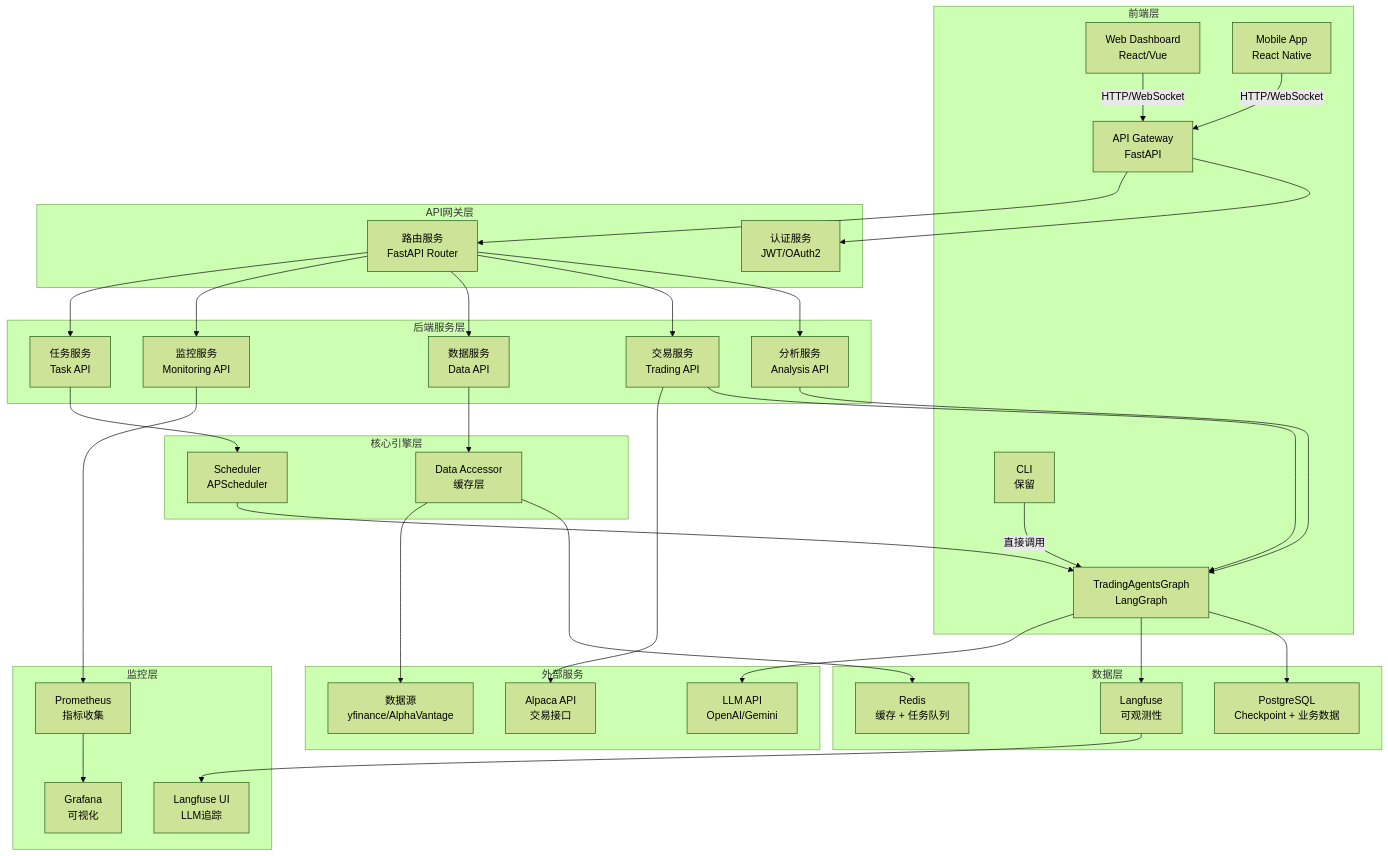
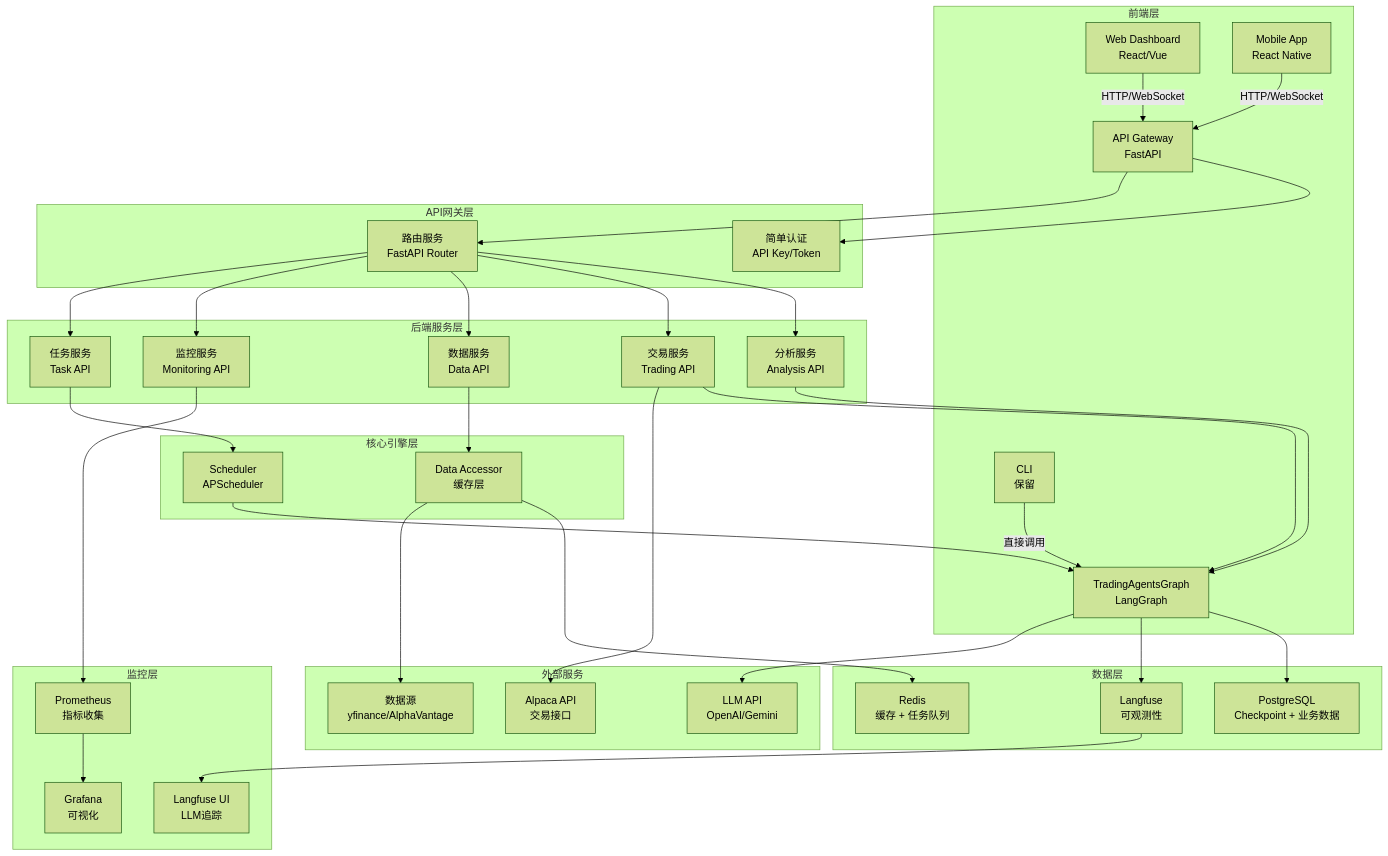
The first of 4 diagrams in docs/arch/13-frontend-backend-separation-evaluation.md (ZacBi/TradingAgents), drawn with Mermaid (forest theme) before and after one commit. The commit also changed other lines of this file, not shown here.

````diff
--- a/docs/arch/13-frontend-backend-separation-evaluation.md
+++ b/docs/arch/13-frontend-backend-separation-evaluation.md
@@ -48,47 +50,47 @@
 ```mermaid
 graph TB
     subgraph "前端层"
         A[Web Dashboard<br/>React/Vue] -->|HTTP/WebSocket| B[API Gateway<br/>FastAPI]
         C[Mobile App<br/>React Native] -->|HTTP/WebSocket| B
         D[CLI<br/>保留] -->|直接调用| E[Core Engine]
     end
     
     subgraph "API网关层"
-        B --> F[认证服务<br/>JWT/OAuth2]
+        B --> F[简单认证<br/>API Key/Token]
         B --> G[路由服务<br/>FastAPI Router]
     end
     
     subgraph "后端服务层"
         G --> H[分析服务<br/>Analysis API]
         G --> I[交易服务<br/>Trading API]
         G --> J[数据服务<br/>Data API]
         G --> K[监控服务<br/>Monitoring API]
         G --> L[任务服务<br/>Task API]
     end
     
     subgraph "核心引擎层"
         H --> E[TradingAgentsGraph<br/>LangGraph]
         I --> E
         J --> M[Data Accessor<br/>缓存层]
         L --> N[Scheduler<br/>APScheduler]
         N --> E
     end
     
     subgraph "数据层"
         E --> O[PostgreSQL<br/>Checkpoint + 业务数据]
         M --> P[Redis<br/>缓存 + 任务队列]
         E --> Q[Langfuse<br/>可观测性]
     end
     
     subgraph "外部服务"
         I --> R[Alpaca API<br/>交易接口]
         M --> S[数据源<br/>yfinance/AlphaVantage]
         E --> T[LLM API<br/>OpenAI/Gemini]
     end
     
     subgraph "监控层"
         K --> U[Prometheus<br/>指标收集]
         U --> V[Grafana<br/>可视化]
         Q --> W[Langfuse UI<br/>LLM追踪]
     end
 ```
````
